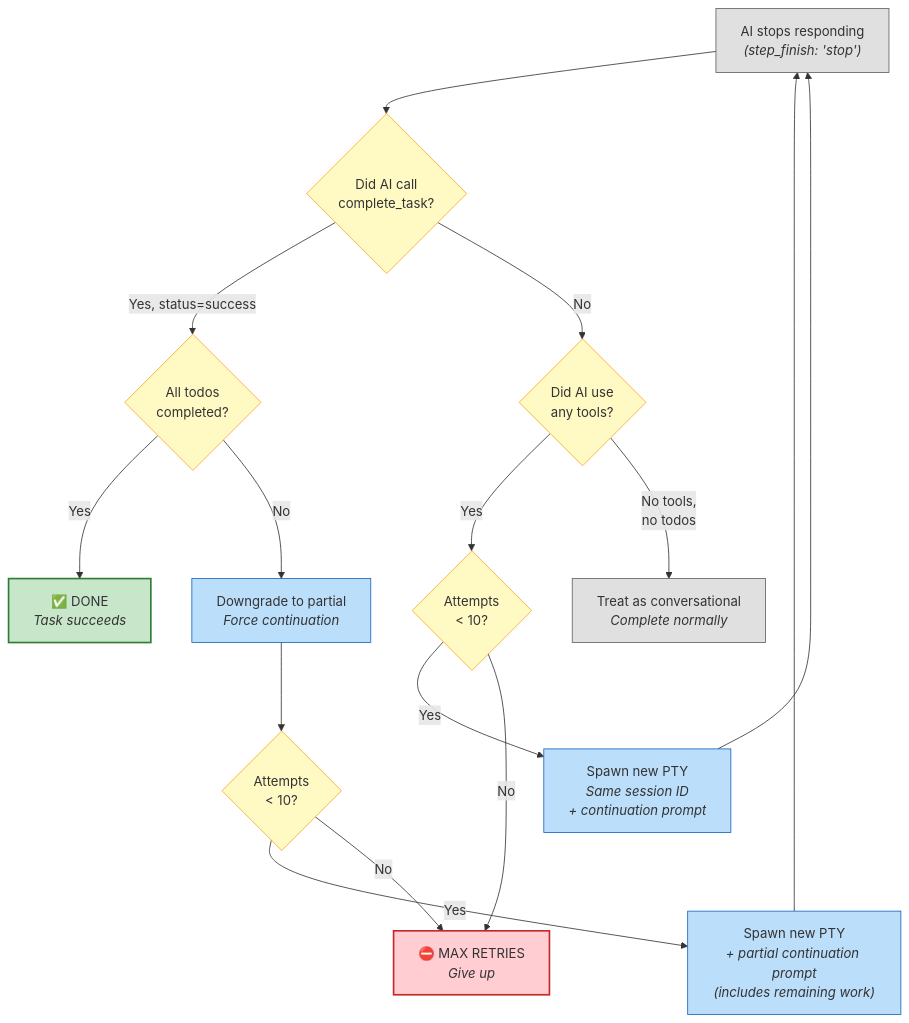
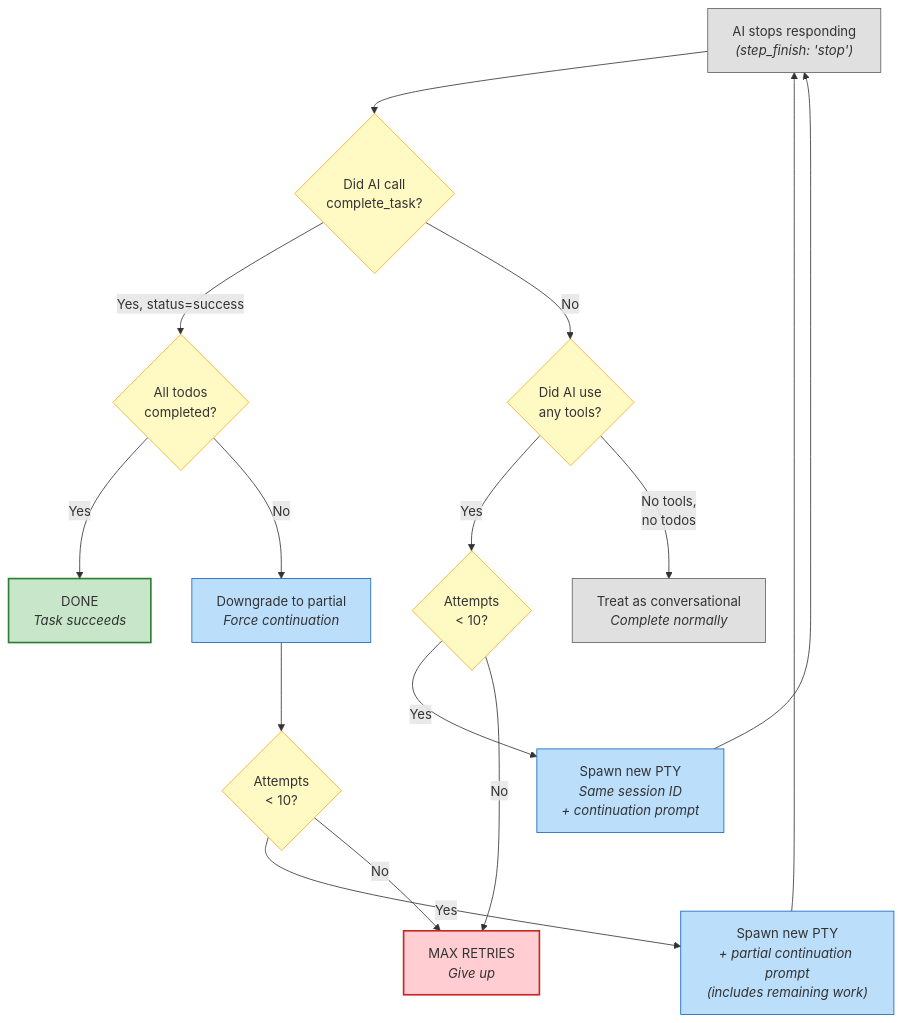
Before and after one commit to anastomotic-ai/anastomotic: the fifth of 7 diagrams in docs/task-flow-slides.md, drawn with Mermaid. The commit also changed other lines of this file and 40 other files, not shown here.

````diff
--- a/docs/task-flow-slides.md
+++ b/docs/task-flow-slides.md
@@ -145,37 +145,37 @@
 ```mermaid
 graph TD
   START["AI stops responding<br/><i>(step_finish: 'stop')</i>"]
 
   START --> CHECK{"Did AI call<br/>complete_task?"}
 
   CHECK -->|"Yes, status=success"| TODO_CHECK{"All todos<br/>completed?"}
   CHECK -->|"No"| TOOLS_CHECK{"Did AI use<br/>any tools?"}
 
-  TODO_CHECK -->|"Yes"| DONE["✅ DONE<br/><i>Task succeeds</i>"]
+  TODO_CHECK -->|"Yes"| DONE["DONE<br/><i>Task succeeds</i>"]
   TODO_CHECK -->|"No"| DOWNGRADE["Downgrade to partial<br/><i>Force continuation</i>"]
 
   TOOLS_CHECK -->|"Yes"| RETRY_CHECK{"Attempts<br/>< 10?"}
   TOOLS_CHECK -->|"No tools,<br/>no todos"| CONVERSATIONAL["Treat as conversational<br/><i>Complete normally</i>"]
 
   RETRY_CHECK -->|"Yes"| CONTINUE["Spawn new PTY<br/><i>Same session ID<br/>+ continuation prompt</i>"]
-  RETRY_CHECK -->|"No"| MAX["⛔ MAX RETRIES<br/><i>Give up</i>"]
+  RETRY_CHECK -->|"No"| MAX["MAX RETRIES<br/><i>Give up</i>"]
 
   DOWNGRADE --> PARTIAL_RETRY{"Attempts<br/>< 10?"}
   PARTIAL_RETRY -->|"Yes"| PARTIAL_CONTINUE["Spawn new PTY<br/><i>+ partial continuation prompt<br/>(includes remaining work)</i>"]
   PARTIAL_RETRY -->|"No"| MAX
 
   CONTINUE --> START
   PARTIAL_CONTINUE --> START
 
   classDef success fill:#c8e6c9,stroke:#2e7d32,stroke-width:2px
   classDef fail fill:#ffcdd2,stroke:#c62828,stroke-width:2px
   classDef decision fill:#fff9c4,stroke:#f9a825
   classDef action fill:#bbdefb,stroke:#1565c0
   classDef neutral fill:#e0e0e0,stroke:#616161
 
   class DONE success
   class MAX fail
   class CHECK,TODO_CHECK,TOOLS_CHECK,RETRY_CHECK,PARTIAL_RETRY decision
   class CONTINUE,PARTIAL_CONTINUE,DOWNGRADE action
   class START,CONVERSATIONAL neutral
 ```
````
